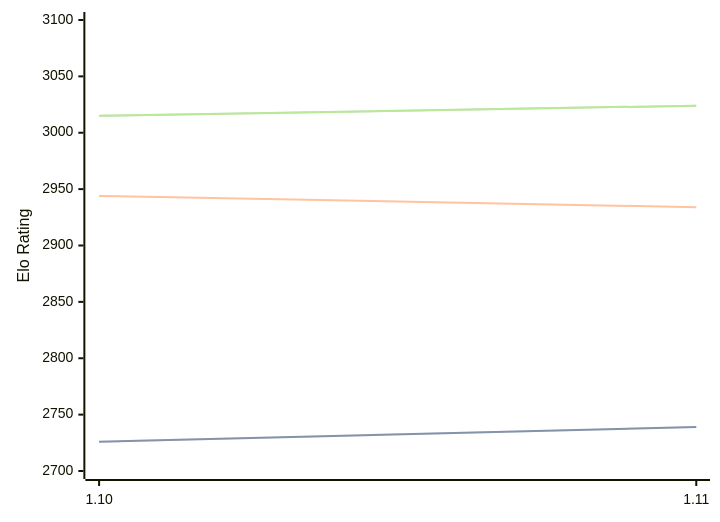
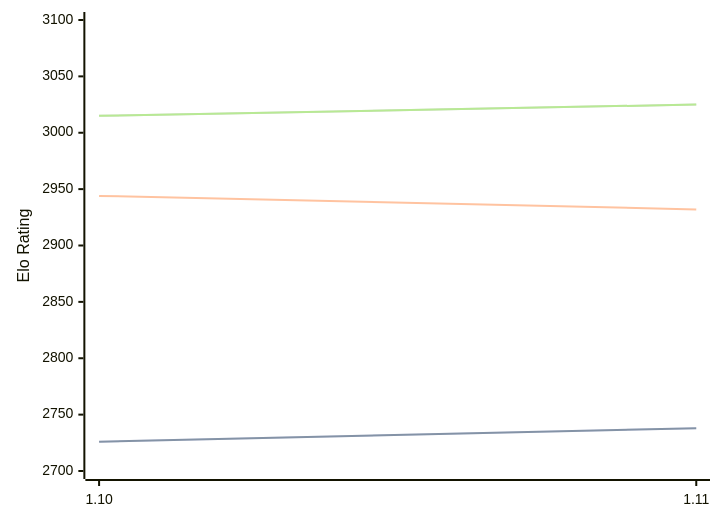
One commit to computer-chess-index/cci changed the first of 3 diagrams in engines/Roc.md. Above: the diagram before and after it, drawn with Mermaid. The commit also changed other lines of this file, not shown here.

Commit message:
Update CCI Ratings (ELO VLTC) - 2026-07-18

````diff
--- a/engines/Roc.md
+++ b/engines/Roc.md
@@ -65,11 +65,11 @@
 ```mermaid
 %%{init: {"theme":"base","themeVariables":{"seriesColors:['#a3a3a3','#222221','#faa371']}}}%%
 xychart-beta
   x-axis ["1.10", "1.11"]
   y-axis "Elo Rating" 2700 --> 3100
-  line "STC (8.0+0.08s)" [2726, 2739]
-  line "STC (8.0+0.08s)" [2726, 2739]
-  line "LTC (60.0+0.60s)" [2944, 2934]
-  line "VLTC (2m24s+1.12s)" [3015, 3024]
-  line "VLTC (2m24s+1.12s)" [3015, 3024]
+  line "STC (8.0+0.08s)" [2726, 2738]
+  line "STC (8.0+0.08s)" [2726, 2738]
+  line "LTC (60.0+0.60s)" [2944, 2932]
+  line "VLTC (2m24s+1.12s)" [3015, 3025]
+  line "VLTC (2m24s+1.12s)" [3015, 3025]
 ```
````
